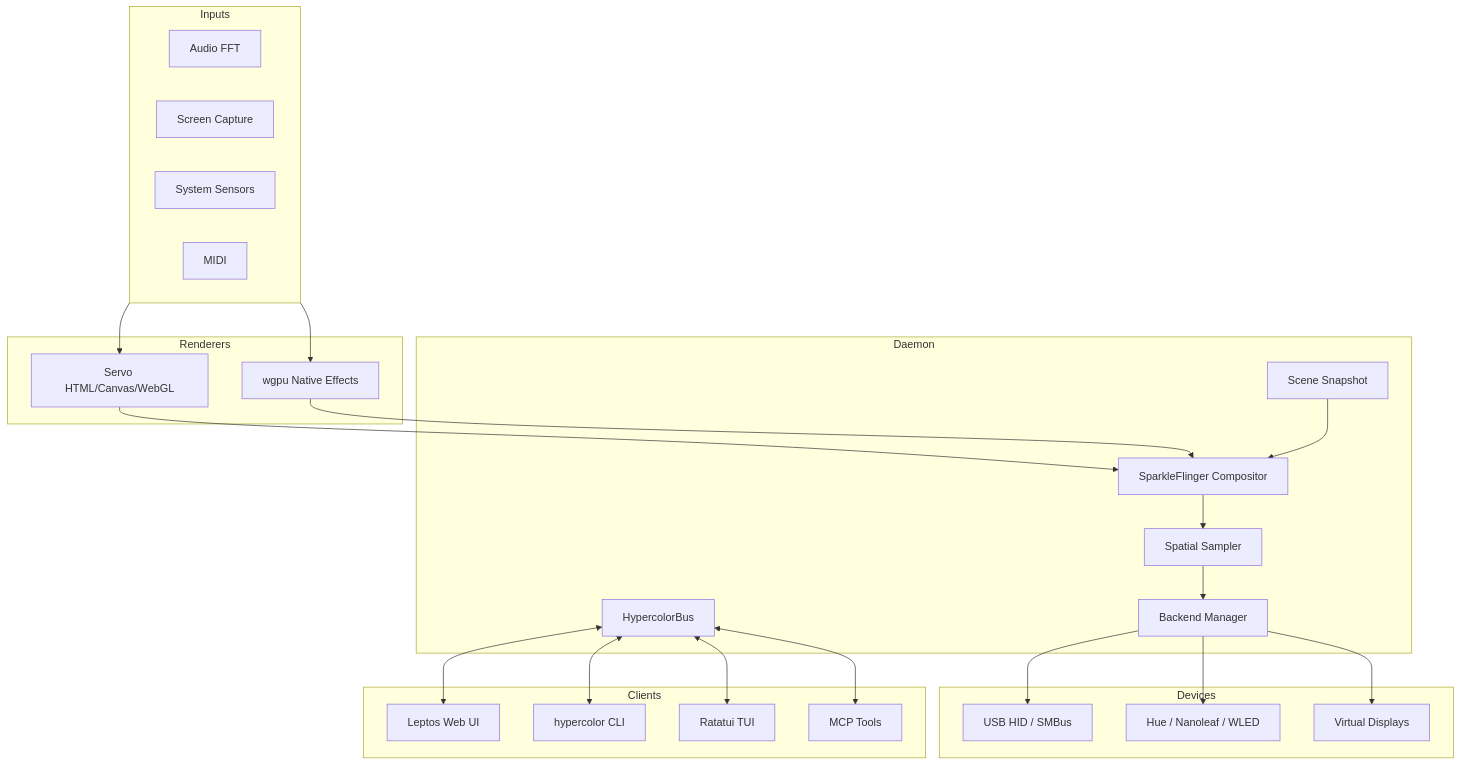
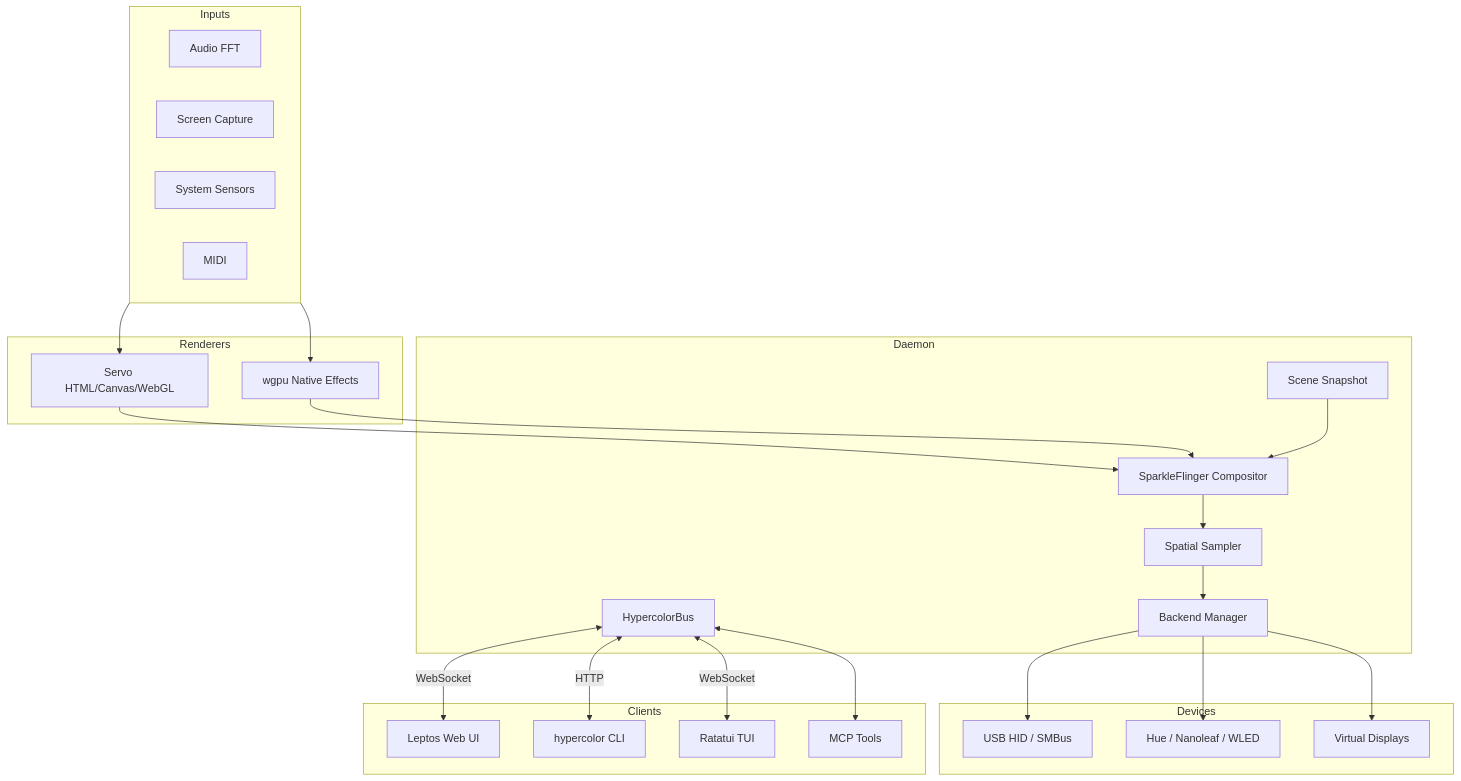
One commit to hyperb1iss/hypercolor changed the first of 2 diagrams in docs/ARCHITECTURE.md. Above: the diagram before and after it, drawn with Mermaid. The commit also changed other lines of this file and 1 other file, not shown here.

First line of the commit message:
docs: refresh the architecture crate graph

````diff
--- a/docs/ARCHITECTURE.md
+++ b/docs/ARCHITECTURE.md
@@ -13,50 +13,50 @@
 ```mermaid
 graph TD
     subgraph Inputs
         Audio[Audio FFT]
         Screen[Screen Capture]
         Sensors[System Sensors]
         MIDI[MIDI]
     end
 
     subgraph Renderers
         Html[Servo HTML/Canvas/WebGL]
         Native[wgpu Native Effects]
     end
 
     subgraph Daemon
         Scene[Scene Snapshot]
         Flinger[SparkleFlinger Compositor]
         Spatial[Spatial Sampler]
         Manager[Backend Manager]
         Bus[HypercolorBus]
     end
 
     subgraph Devices
         Usb[USB HID / SMBus]
         Net[Hue / Nanoleaf / WLED]
         Sim[Virtual Displays]
     end
 
     subgraph Clients
         Web[Leptos Web UI]
         Cli[hypercolor CLI]
         Tui[Ratatui TUI]
         Mcp[MCP Tools]
     end
 
     Inputs --> Html
     Inputs --> Native
     Html --> Flinger
     Native --> Flinger
     Scene --> Flinger
     Flinger --> Spatial
     Spatial --> Manager
     Manager --> Usb
     Manager --> Net
     Manager --> Sim
-    Bus <--> Web
-    Bus <--> Cli
-    Bus <--> Tui
+    Bus <-->|WebSocket| Web
+    Bus <-->|HTTP| Cli
+    Bus <-->|WebSocket| Tui
     Bus <--> Mcp
 ```
````
